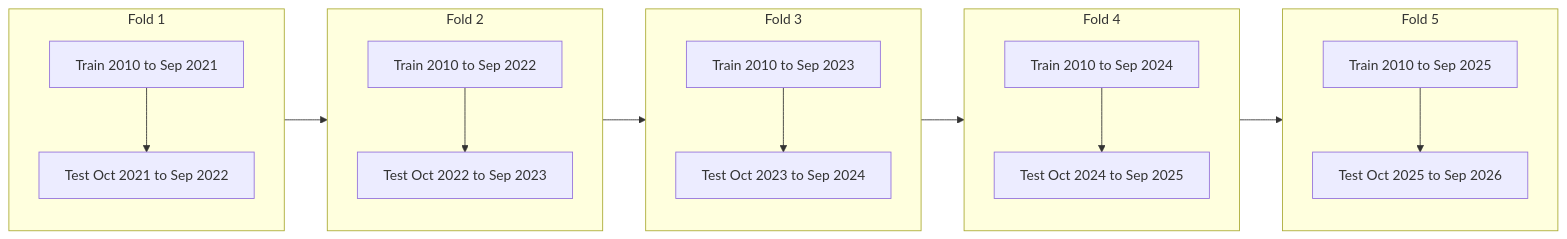
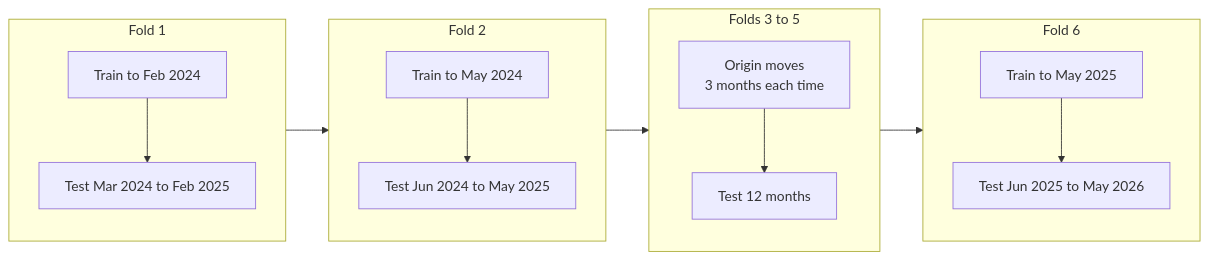
One commit to khoadaniel/statistical-programming-mpmd-htw-ws-2026 changed the second of 3 diagrams in sessions/12-time-series/theory/03-lag-features-and-backtesting.md. Above: the diagram before and after it, drawn with Mermaid. The commit also changed other lines of this file and 106 other files, not shown here.

````diff
--- a/sessions/12-time-series/theory/03-lag-features-and-backtesting.md
+++ b/sessions/12-time-series/theory/03-lag-features-and-backtesting.md
@@ -91,19 +100,16 @@
 ```mermaid
 flowchart LR
     subgraph F1["Fold 1"]
-        A1["Train 2010 to Sep 2021"] --> B1["Test Oct 2021 to Sep 2022"]
+        A1["Train to Feb 2024"] --> B1["Test Mar 2024 to Feb 2025"]
     end
     subgraph F2["Fold 2"]
-        A2["Train 2010 to Sep 2022"] --> B2["Test Oct 2022 to Sep 2023"]
+        A2["Train to May 2024"] --> B2["Test Jun 2024 to May 2025"]
     end
-    subgraph F3["Fold 3"]
-        A3["Train 2010 to Sep 2023"] --> B3["Test Oct 2023 to Sep 2024"]
+    subgraph F3["Folds 3 to 5"]
+        A3["Origin moves<br/>3 months each time"] --> B3["Test 12 months"]
     end
-    subgraph F4["Fold 4"]
-        A4["Train 2010 to Sep 2024"] --> B4["Test Oct 2024 to Sep 2025"]
+    subgraph F6["Fold 6"]
+        A6["Train to May 2025"] --> B6["Test Jun 2025 to May 2026"]
     end
-    subgraph F5["Fold 5"]
-        A5["Train 2010 to Sep 2025"] --> B5["Test Oct 2025 to Sep 2026"]
-    end
-    F1 --> F2 --> F3 --> F4 --> F5
+    F1 --> F2 --> F3 --> F6
 ```
````
